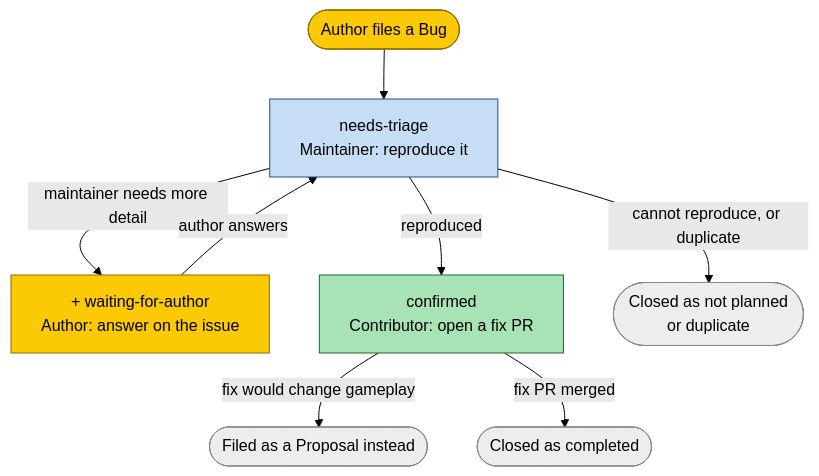
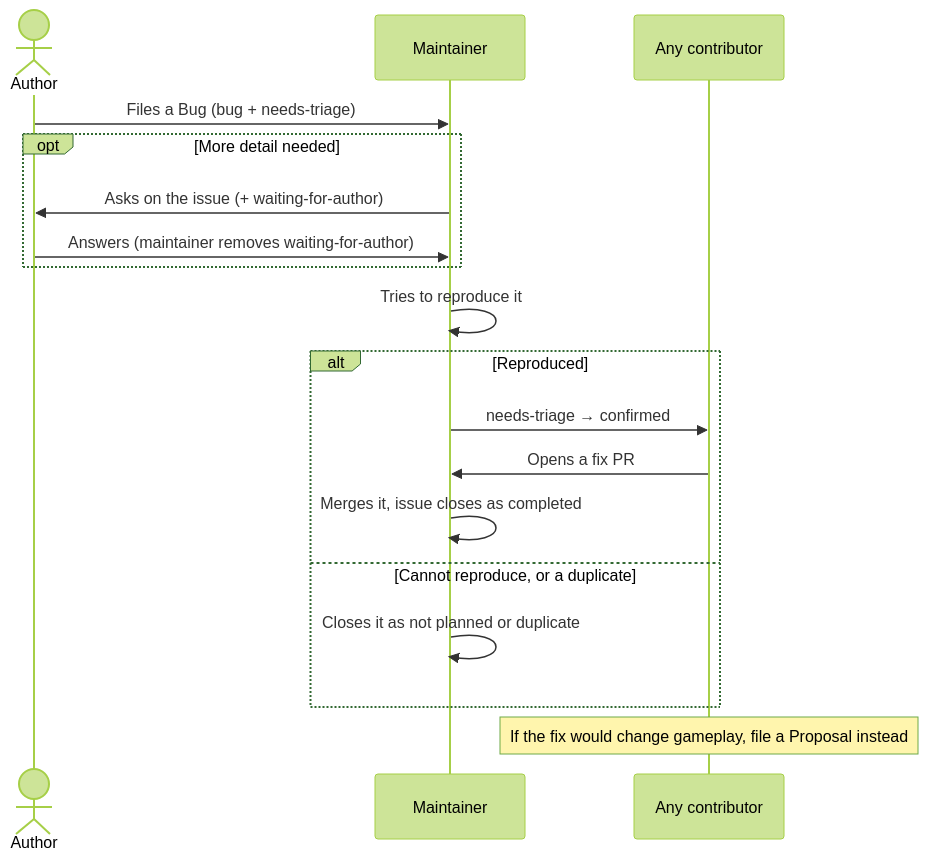
The first of 3 diagrams in .github/labels.md (pomodorozhong/jadereaper), drawn with Mermaid (forest theme) before and after one commit. The commit also changed other lines of this file, not shown here.

First line of the commit message:
docs: draw the label charts as swimlanes

````diff
--- a/.github/labels.md
+++ b/.github/labels.md
@@ -37,19 +30,20 @@
 ```mermaid
-flowchart TD
-  filed(["Author files a Bug"]) --> triage["needs-triage<br>Maintainer: reproduce it"]
-  triage -- "maintainer needs more detail" --> wait["+ waiting-for-author<br>Author: answer on the issue"]
-  wait -- "author answers" --> triage
-  triage -- "reproduced" --> confirmed["confirmed<br>Contributor: open a fix PR"]
-  triage -- "cannot reproduce, or duplicate" --> dropped(["Closed as not planned<br>or duplicate"])
-  confirmed -- "fix would change gameplay" --> proposal(["Filed as a Proposal instead"])
-  confirmed -- "fix PR merged" --> fixed(["Closed as completed"])
-
-  classDef maintainer fill:#c5def5,stroke:#1f4f8a,color:#000
-  classDef author fill:#fbca04,stroke:#8a6d00,color:#000
-  classDef contributor fill:#a7e3b4,stroke:#1d6b2f,color:#000
-  classDef idle fill:#ededed,stroke:#888,color:#000
-  class triage maintainer
-  class wait,filed author
-  class confirmed contributor
-  class dropped,proposal,fixed idle
+sequenceDiagram
+  actor A as Author
+  participant M as Maintainer
+  participant C as Any contributor
+  A->>M: Files a Bug (bug + needs-triage)
+  opt More detail needed
+    M->>A: Asks on the issue (+ waiting-for-author)
+    A->>M: Answers (maintainer removes waiting-for-author)
+  end
+  M->>M: Tries to reproduce it
+  alt Reproduced
+    M->>C: needs-triage → confirmed
+    C->>M: Opens a fix PR
+    M->>M: Merges it, issue closes as completed
+  else Cannot reproduce, or a duplicate
+    M->>M: Closes it as not planned or duplicate
+  end
+  Note over C: If the fix would change gameplay, file a Proposal instead
 ```
````
